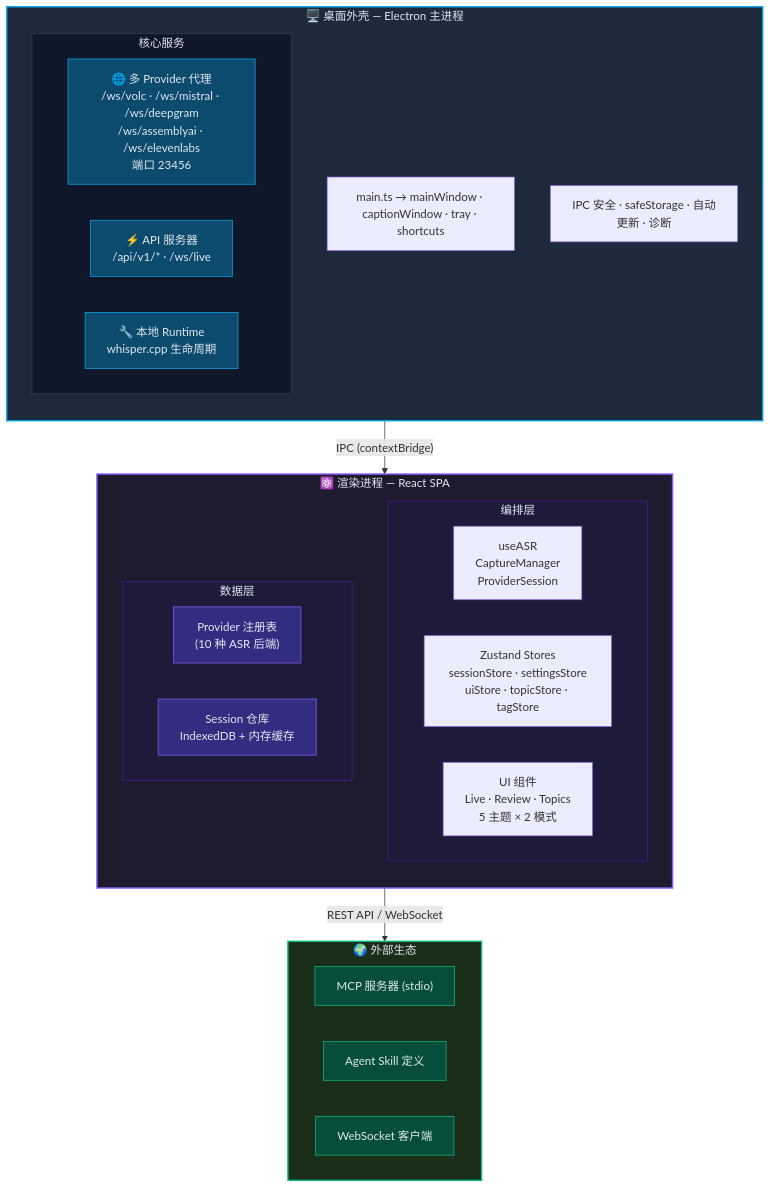
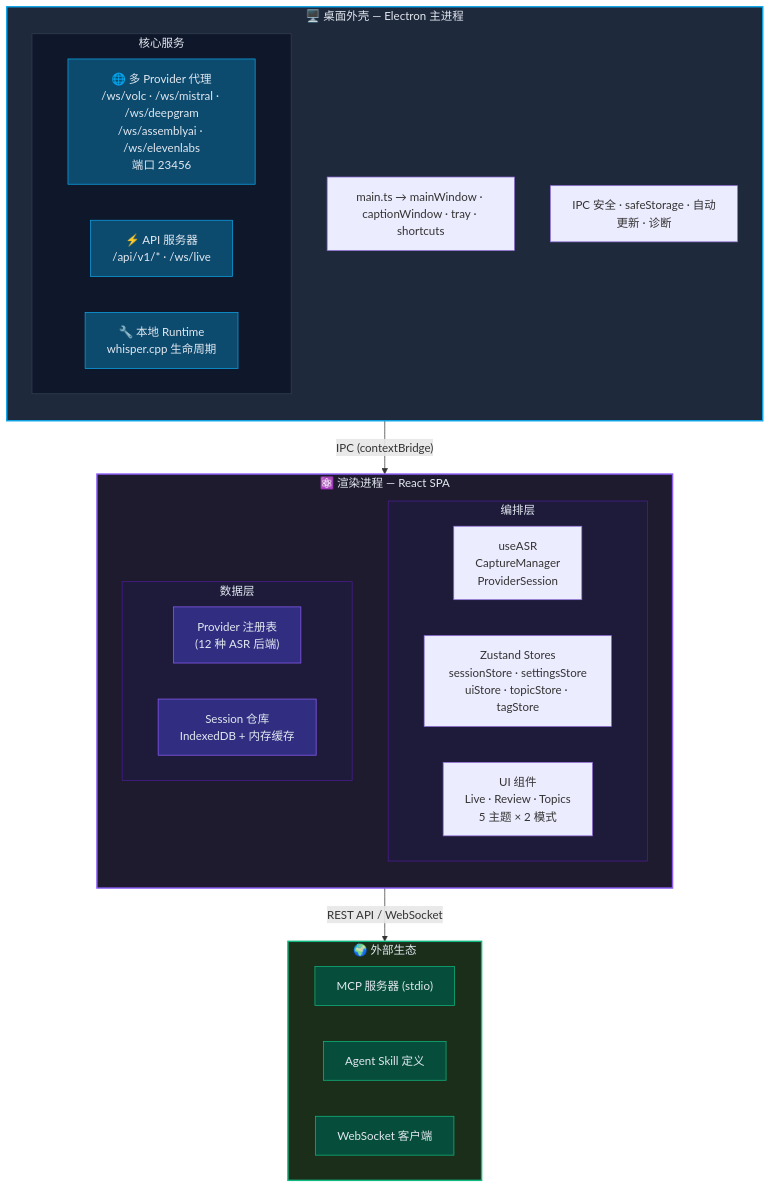
One commit to XimilalaXiang/DeLive changed the first of 4 diagrams in docs/zh/architecture/overview.md. Above: the diagram before and after it, drawn with Mermaid. The commit also changed other lines of this file and 12 other files, not shown here.

````diff
--- a/docs/zh/architecture/overview.md
+++ b/docs/zh/architecture/overview.md
@@ -7,55 +7,55 @@
 ```mermaid
 flowchart TB
   subgraph shell["🖥️ 桌面外壳 — Electron 主进程"]
     direction TB
     entry["main.ts → mainWindow · captionWindow · tray · shortcuts"]
     subgraph services["核心服务"]
       direction LR
       volc["🌐 多 Provider 代理\n/ws/volc · /ws/mistral · /ws/deepgram\n/ws/assemblyai · /ws/elevenlabs\n端口 23456"]
       api["⚡ API 服务器\n/api/v1/* · /ws/live"]
       runtime["🔧 本地 Runtime\nwhisper.cpp 生命周期"]
     end
     infra["IPC 安全 · safeStorage · 自动更新 · 诊断"]
   end
 
   shell -->|"IPC (contextBridge)"| renderer
 
   subgraph renderer["⚛️ 渲染进程 — React SPA"]
     direction TB
     subgraph orchestration["编排层"]
       direction LR
       hooks["useASR\nCaptureManager\nProviderSession"]
       stores["Zustand Stores\nsessionStore · settingsStore\nuiStore · topicStore · tagStore"]
       ui["UI 组件\nLive · Review · Topics\n5 主题 × 2 模式"]
     end
     subgraph data["数据层"]
       direction LR
-      providers["Provider 注册表\n(10 种 ASR 后端)"]
+      providers["Provider 注册表\n(12 种 ASR 后端)"]
       persistence["Session 仓库\nIndexedDB + 内存缓存"]
     end
   end
 
   renderer -->|"REST API / WebSocket"| ecosystem
 
   subgraph ecosystem["🌍 外部生态"]
     direction LR
     mcp["MCP 服务器 (stdio)"]
     skill["Agent Skill 定义"]
     ws["WebSocket 客户端"]
   end
 
   style shell fill:#1e293b,stroke:#0ea5e9,stroke-width:2px,color:#e2e8f0
   style renderer fill:#1e1b2e,stroke:#8b5cf6,stroke-width:2px,color:#e2e8f0
   style ecosystem fill:#1a2e1a,stroke:#10b981,stroke-width:2px,color:#e2e8f0
   style services fill:#0f172a,stroke:#334155,color:#e2e8f0
   style orchestration fill:#1e1b3a,stroke:#4c1d95,color:#e2e8f0
   style data fill:#1e1b3a,stroke:#4c1d95,color:#e2e8f0
   style volc fill:#0c4a6e,stroke:#0ea5e9,color:#e2e8f0
   style api fill:#0c4a6e,stroke:#0ea5e9,color:#e2e8f0
   style runtime fill:#0c4a6e,stroke:#0ea5e9,color:#e2e8f0
   style providers fill:#312e81,stroke:#8b5cf6,color:#e2e8f0
   style persistence fill:#312e81,stroke:#8b5cf6,color:#e2e8f0
   style mcp fill:#064e3b,stroke:#10b981,color:#e2e8f0
   style skill fill:#064e3b,stroke:#10b981,color:#e2e8f0
   style ws fill:#064e3b,stroke:#10b981,color:#e2e8f0
 ```
````
